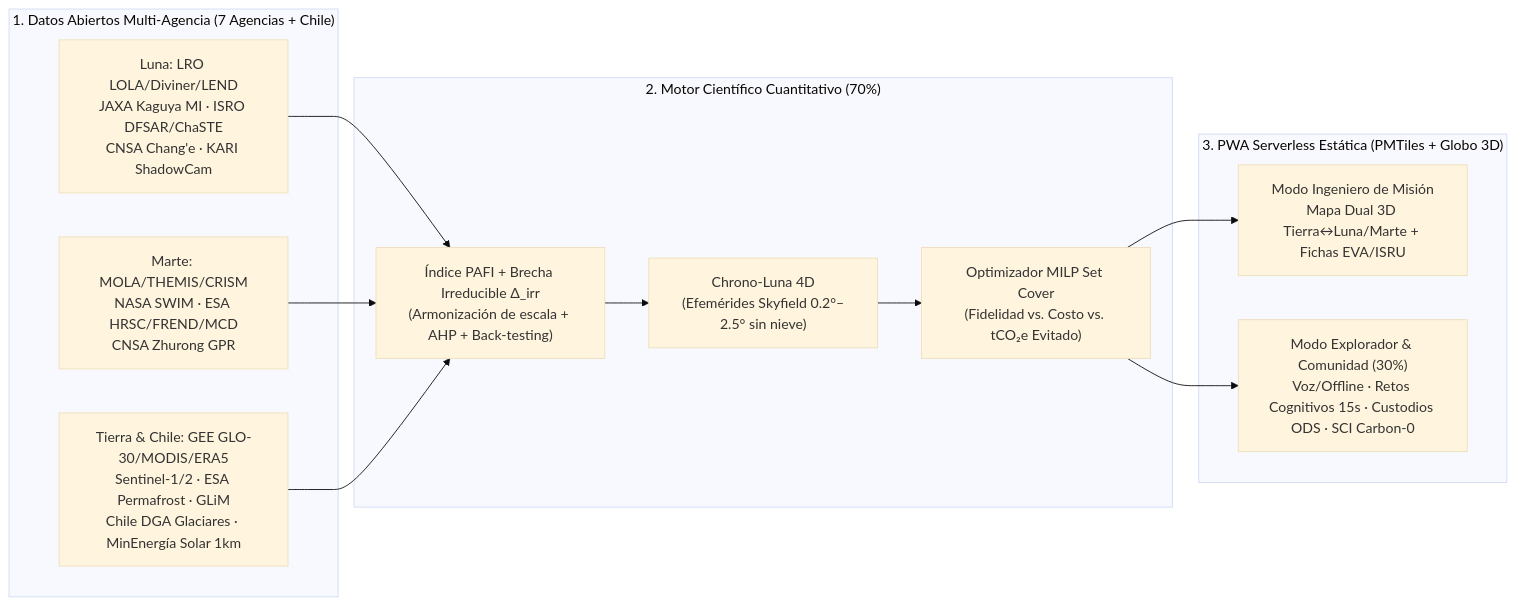
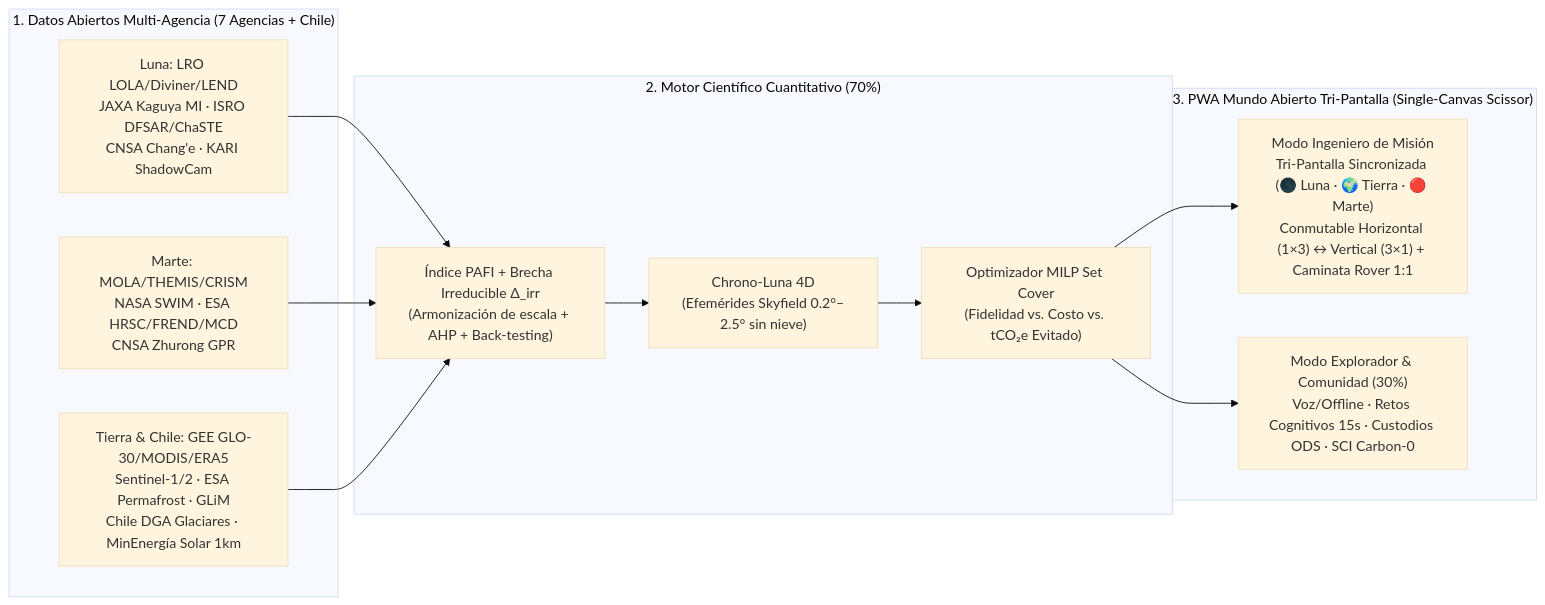
The diagram in README.md (Delnr91/hackanasa), drawn with Mermaid (base theme) before and after one commit. The commit also changed other lines of this file and 8 other files, not shown here.

Commit message:
feat(architecture): add Tri-Screen Open-World Engine (Moon·Earth·Mars 1x3/3x1) & official team assets

````diff
--- a/README.md
+++ b/README.md
@@ -65,23 +73,23 @@
 ```mermaid
 flowchart LR
     subgraph DATA["1. Datos Abiertos Multi-Agencia (7 Agencias + Chile)"]
         M["Luna: LRO LOLA/Diviner/LEND<br/>JAXA Kaguya MI · ISRO DFSAR/ChaSTE<br/>CNSA Chang'e · KARI ShadowCam"]
         MA["Marte: MOLA/THEMIS/CRISM<br/>NASA SWIM · ESA HRSC/FREND/MCD<br/>CNSA Zhurong GPR"]
         E["Tierra & Chile: GEE GLO-30/MODIS/ERA5<br/>Sentinel-1/2 · ESA Permafrost · GLiM<br/>Chile DGA Glaciares · MinEnergía Solar 1km"]
     end
 
     subgraph ENGINE["2. Motor Científico Cuantitativo (70%)"]
         PAFI["Índice PAFI + Brecha Irreducible Δ_irr<br/>(Armonización de escala + AHP + Back-testing)"]
         CHRONO["Chrono-Luna 4D<br/>(Efemérides Skyfield 0.2°–2.5° sin nieve)"]
         OPT["Optimizador MILP Set Cover<br/>(Fidelidad vs. Costo vs. tCO₂e Evitado)"]
     end
 
-    subgraph APP["3. PWA Serverless Estática (PMTiles + Globo 3D)"]
-        PRO["Modo Ingeniero de Misión<br/>Mapa Dual 3D Tierra↔Luna/Marte + Fichas EVA/ISRU"]
+    subgraph APP["3. PWA Mundo Abierto Tri-Pantalla (Single-Canvas Scissor)"]
+        PRO["Modo Ingeniero de Misión<br/>Tri-Pantalla Sincronizada (🌑 Luna · 🌍 Tierra · 🔴 Marte)<br/>Conmutable Horizontal (1×3) ↔ Vertical (3×1) + Caminata Rover 1:1"]
         KID["Modo Explorador & Comunidad (30%)<br/>Voz/Offline · Retos Cognitivos 15s · Custodios ODS · SCI Carbon-0"]
     end
 
     M & MA & E --> PAFI
     PAFI --> CHRONO --> OPT
     OPT --> PRO & KID
 ```
````
